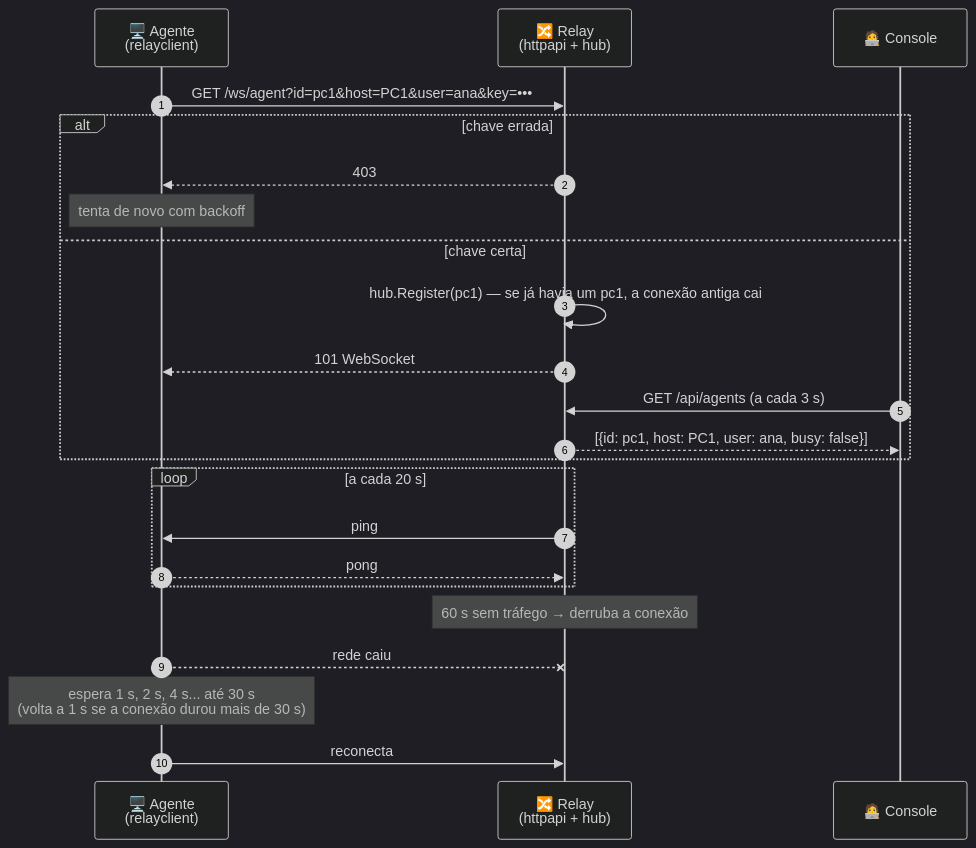
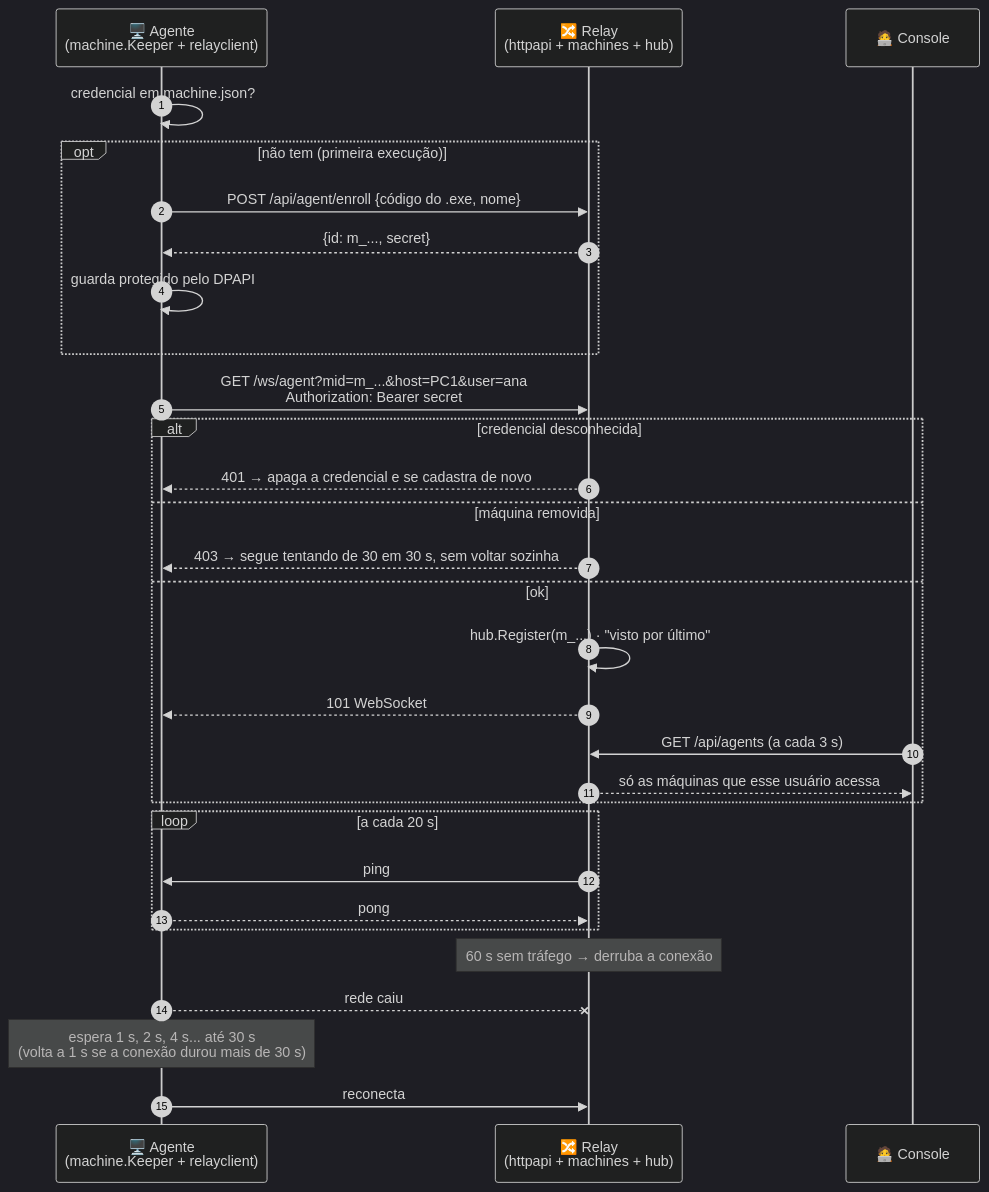
One commit to caetasousa/remoteIT changed the first of 19 diagrams in docs/FLUXOS.md. Above: the diagram before and after it, drawn with Mermaid (dark theme). The commit also changed other lines of this file and 63 other files, not shown here.

````diff
--- a/docs/FLUXOS.md
+++ b/docs/FLUXOS.md
@@ -29,25 +31,32 @@
 ```mermaid
 sequenceDiagram
     autonumber
-    participant A as 🖥️ Agente<br/>(relayclient)
-    participant R as 🔀 Relay<br/>(httpapi + hub)
+    participant A as 🖥️ Agente<br/>(machine.Keeper + relayclient)
+    participant R as 🔀 Relay<br/>(httpapi + machines + hub)
     participant C as 🧑‍💻 Console
-    A->>R: GET /ws/agent?id=pc1&host=PC1&user=ana&key=•••
-    alt chave errada
-        R-->>A: 403
-        Note over A: tenta de novo com backoff
-    else chave certa
-        R->>R: hub.Register(pc1) — se já havia um pc1, a conexão antiga cai
+    A->>A: credencial em machine.json?
+    opt não tem (primeira execução)
+        A->>R: POST /api/agent/enroll {código do .exe, nome}
+        R-->>A: {id: m_..., secret}
+        A->>A: guarda protegido pelo DPAPI
+    end
+    A->>R: GET /ws/agent?mid=m_...&host=PC1&user=ana<br/>Authorization: Bearer secret
+    alt credencial desconhecida
+        R-->>A: 401 → apaga a credencial e se cadastra de novo
+    else máquina removida
+        R-->>A: 403 → segue tentando de 30 em 30 s, sem voltar sozinha
+    else ok
+        R->>R: hub.Register(m_...) · "visto por último"
         R-->>A: 101 WebSocket
         C->>R: GET /api/agents (a cada 3 s)
-        R-->>C: [{id: pc1, host: PC1, user: ana, busy: false}]
+        R-->>C: só as máquinas que esse usuário acessa
     end
     loop a cada 20 s
         R->>A: ping
         A-->>R: pong
     end
     Note over R: 60 s sem tráfego → derruba a conexão
     A--xR: rede caiu
     Note over A: espera 1 s, 2 s, 4 s... até 30 s<br/>(volta a 1 s se a conexão durou mais de 30 s)
     A->>R: reconecta
 ```
````
